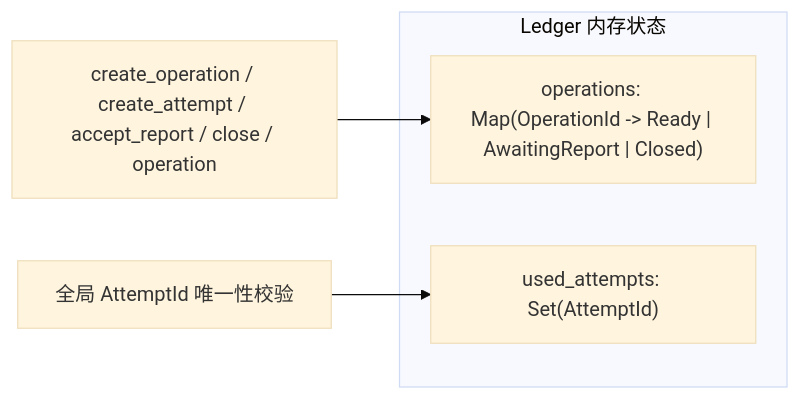
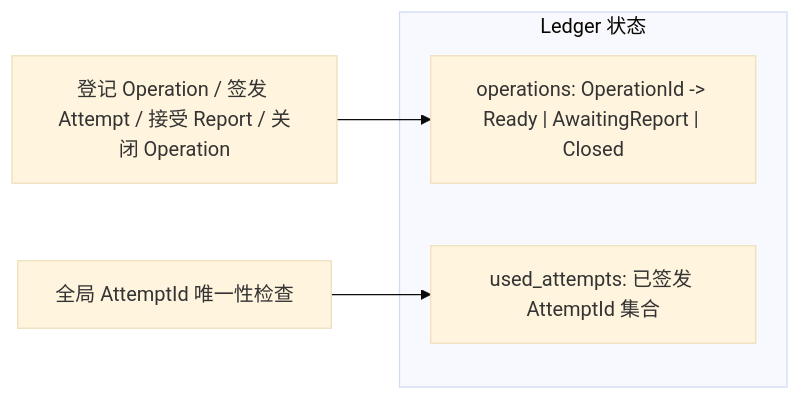
The first of 2 diagrams in spec/02-ledger.md (Everfold/Beamlet), drawn with Mermaid (base theme) before and after one commit. The commit also changed other lines of this file and 10 other files, not shown here.

````diff
--- a/spec/02-ledger.md
+++ b/spec/02-ledger.md
@@ -10,10 +10,10 @@
 ```mermaid
 flowchart LR
-    subgraph Ledger["Ledger 内存状态"]
-        OPS["operations: Map(OperationId -> Ready | AwaitingReport | Closed)"]
-        USED["used_attempts: Set(AttemptId)"]
+    subgraph Ledger["Ledger 状态"]
+        OPS["operations: OperationId -> Ready | AwaitingReport | Closed"]
+        USED["used_attempts: 已签发 AttemptId 集合"]
     end
 
-    CALLS["create_operation / create_attempt / accept_report / close / operation"] --> OPS
-    CHECK["全局 AttemptId 唯一性校验"] --> USED
+    ACT["登记 Operation / 签发 Attempt / 接受 Report / 关闭 Operation"] --> OPS
+    UNIQ["全局 AttemptId 唯一性检查"] --> USED
 ```
````
